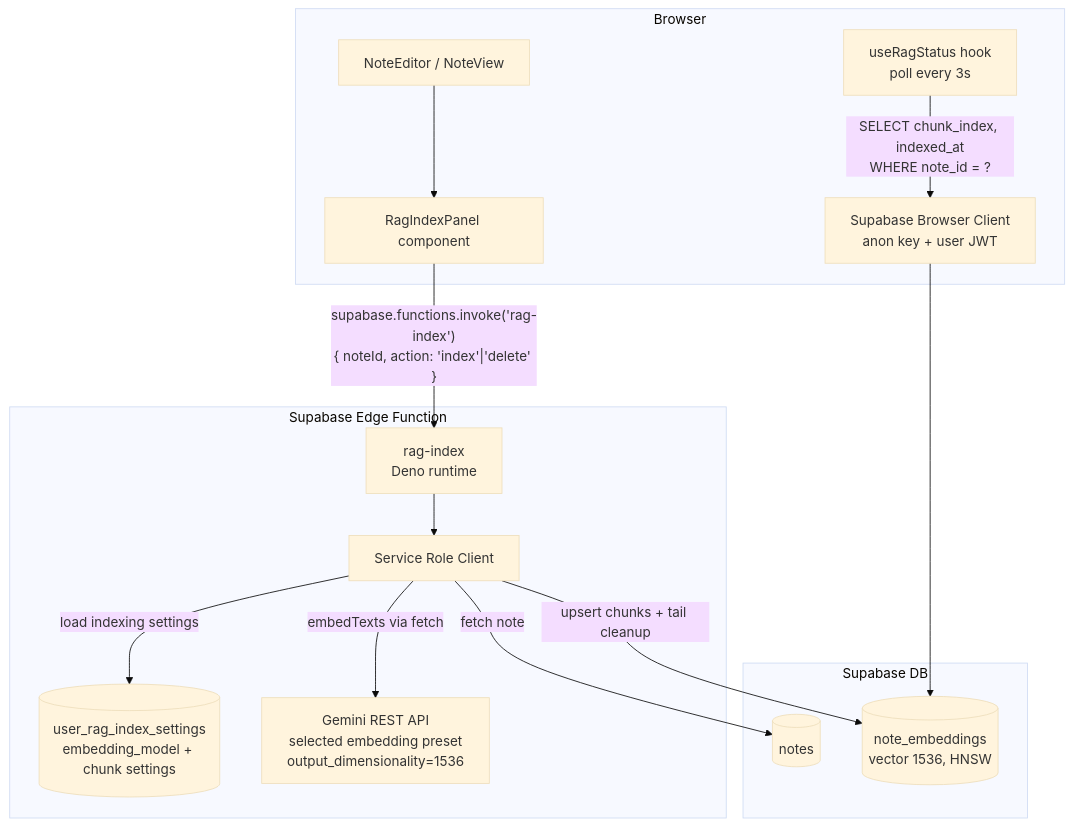
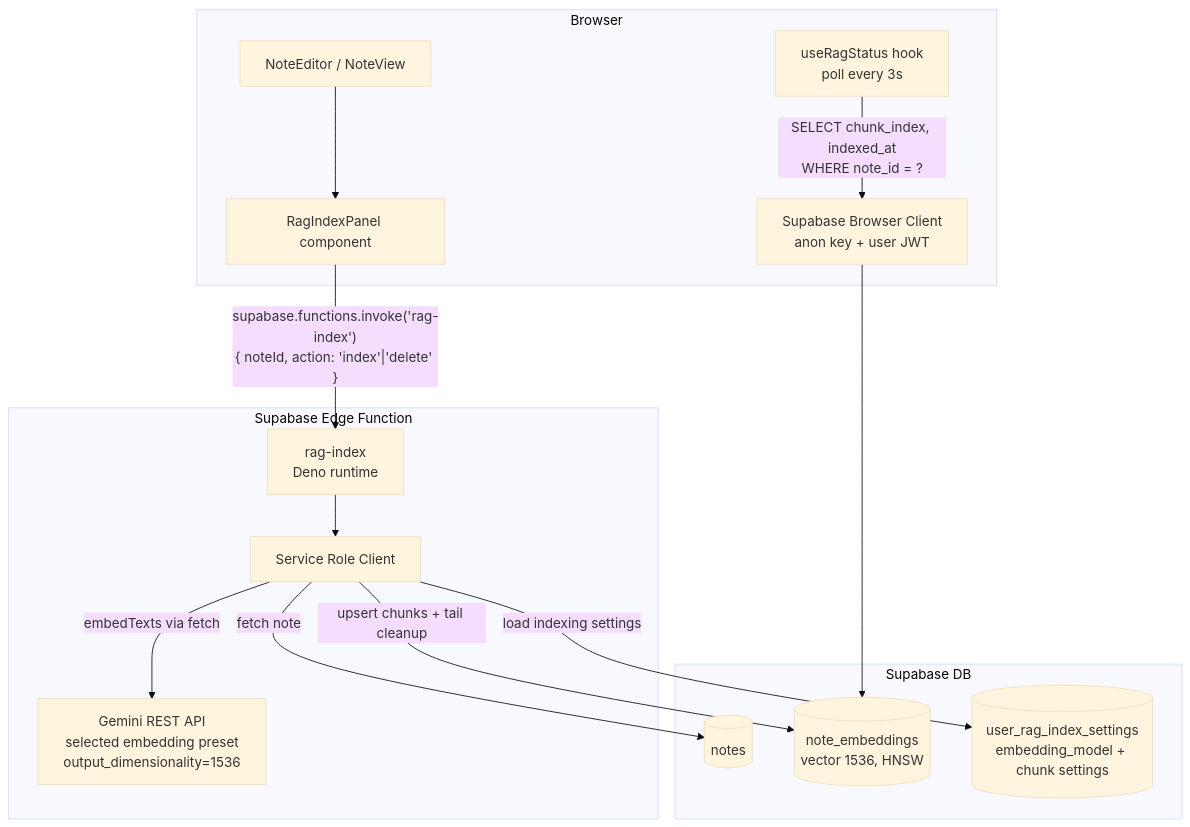
The diagram in docs/ai/design/feature-rag-note-indexing-ui.md (koreyba/EverFreeNote), drawn with Mermaid (base theme) before and after one commit. The commit also changed other lines of this file and 14 other files, not shown here.

Commit message:
Address RAG embedding settings review feedback

````diff
--- a/docs/ai/design/feature-rag-note-indexing-ui.md
+++ b/docs/ai/design/feature-rag-note-indexing-ui.md
@@ -11,31 +11,31 @@
 ```mermaid
 graph TD
     subgraph Browser
         NE[NoteEditor / NoteView]
         RIP[RagIndexPanel component]
         HOOK[useRagStatus hook\npoll every 3s]
         SC[Supabase Browser Client\nanon key + user JWT]
     end
 
     subgraph Supabase Edge Function
         EF[rag-index\nDeno runtime]
         ADMIN[Service Role Client]
-        SETTINGS[("user_rag_index_settings\nembedding_model + chunk settings")]
         GEMINI[Gemini REST API\nselected embedding preset\noutput_dimensionality=1536]
     end
 
     subgraph Supabase DB
         NE_TBL[(notes)]
         EMB_TBL[(note_embeddings\nvector 1536, HNSW)]
+        SETTINGS[("user_rag_index_settings\nembedding_model + chunk settings")]
     end
 
     NE --> RIP
     RIP -->|"supabase.functions.invoke('rag-index')\n{ noteId, action: 'index'|'delete' }"| EF
     HOOK -->|"SELECT chunk_index, indexed_at\nWHERE note_id = ?"| SC
     SC --> EMB_TBL
     EF --> ADMIN
     ADMIN -->|fetch note| NE_TBL
     ADMIN -->|load indexing settings| SETTINGS
     ADMIN -->|embedTexts via fetch| GEMINI
     ADMIN -->|upsert chunks + tail cleanup| EMB_TBL
 ```
````
